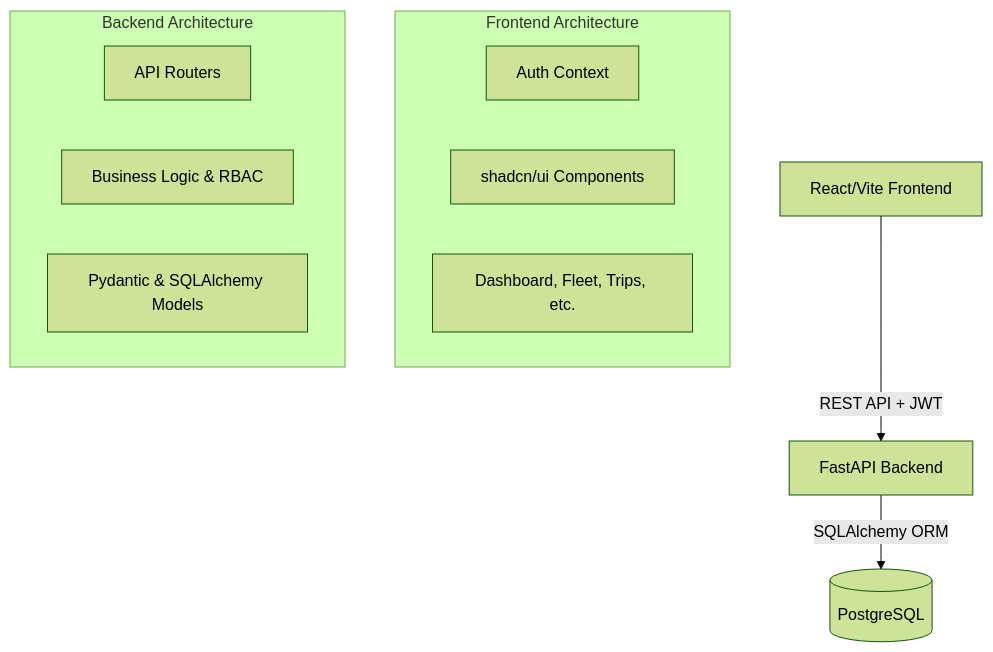
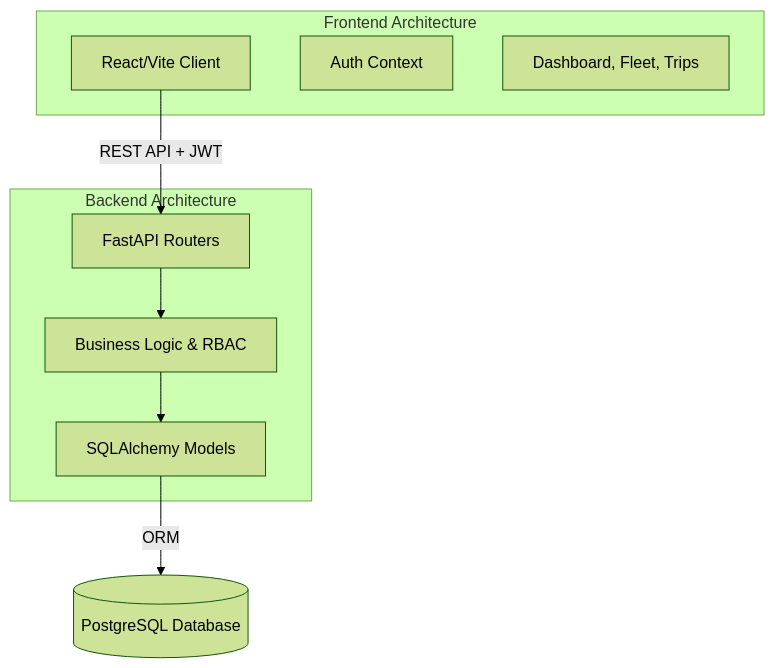
Before and after one commit to suryansh04/TransitOps_ODOO_7MOD3: the diagram in README.md, drawn with Mermaid (forest theme).

Commit message:
docs: fix floating mermaid diagram nodes

````diff
--- a/README.md
+++ b/README.md
@@ -31,17 +31,21 @@
 ```mermaid
 graph TD
-    Client[React/Vite Frontend] -->|REST API + JWT| API[FastAPI Backend]
-    API -->|SQLAlchemy ORM| DB[(PostgreSQL)]
-    
     subgraph Frontend [Frontend Architecture]
+        UI[React/Vite Client]
         Auth[Auth Context]
-        Components[shadcn/ui Components]
-        Pages[Dashboard, Fleet, Trips, etc.]
+        Pages[Dashboard, Fleet, Trips]
     end
     
     subgraph Backend [Backend Architecture]
-        Controllers[API Routers]
-        Services[Business Logic & RBAC]
-        Models[Pydantic & SQLAlchemy Models]
+        API[FastAPI Routers]
+        Logic[Business Logic & RBAC]
+        Models[SQLAlchemy Models]
     end
+    
+    DB[(PostgreSQL Database)]
+
+    UI -- REST API + JWT --> API
+    API --> Logic
+    Logic --> Models
+    Models -- ORM --> DB
 ```
````
